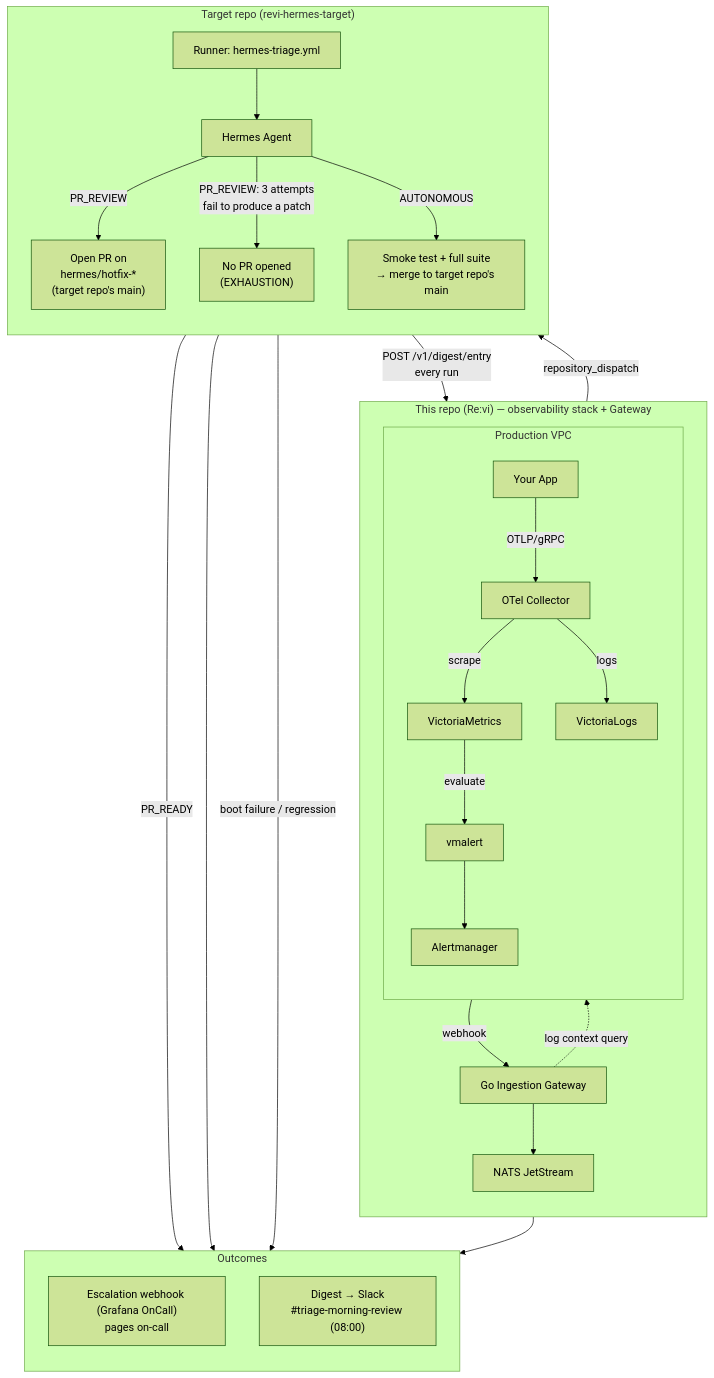
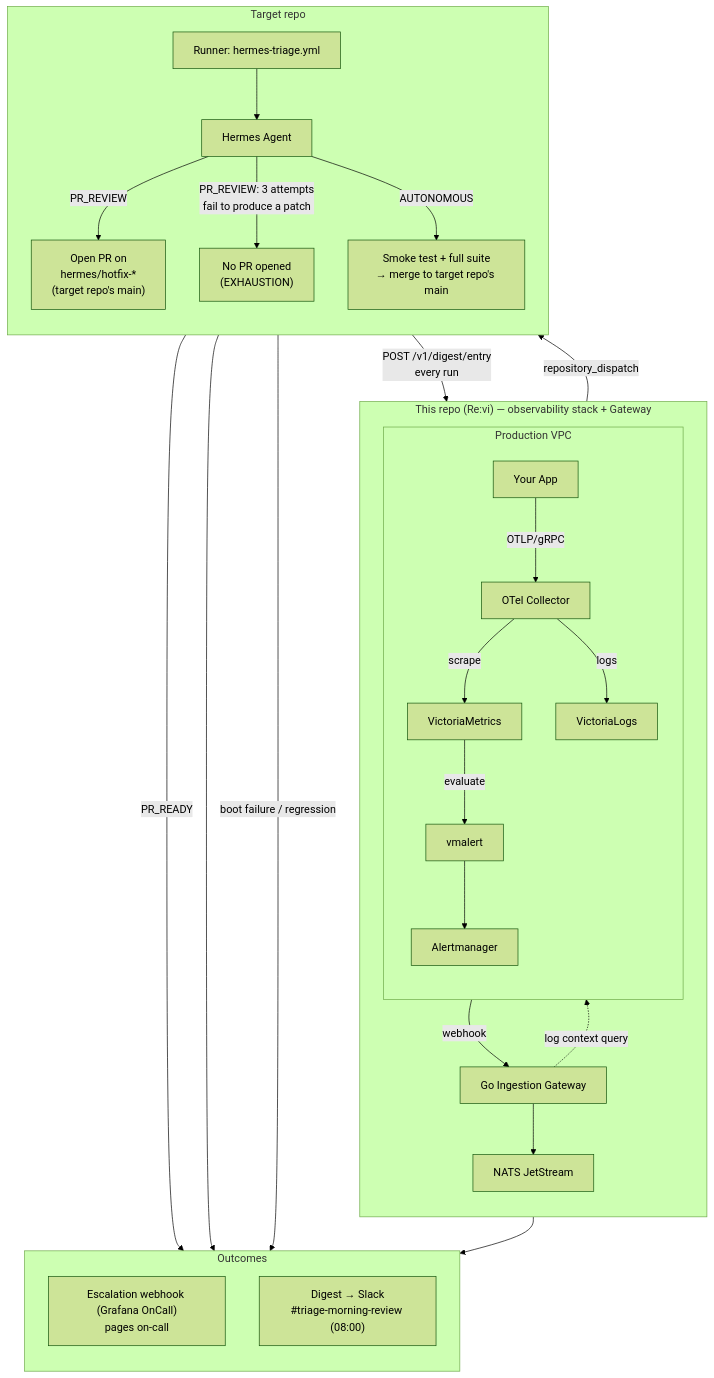
The diagram in README.md (bookang869/Re-vi), drawn with Mermaid (forest theme) before and after one commit.

Commit message:
docs(readme): trim target-repo subgraph title further

````diff
--- a/README.md
+++ b/README.md
@@ -46,40 +46,40 @@
 ```mermaid
 flowchart TD
     subgraph THISREPO["This repo (Re:vi) — observability stack + Gateway"]
         direction TB
         subgraph VPC["Production VPC"]
             direction TB
             App["Your App"] -->|OTLP/gRPC| Otel["OTel Collector"]
             Otel -->|scrape| VM["VictoriaMetrics"]
             Otel -->|logs| VL["VictoriaLogs"]
             VM -->|evaluate| vmalert["vmalert"]
             vmalert --> AM["Alertmanager"]
         end
 
         AM -->|webhook| GW["Go Ingestion Gateway"]
         GW -.->|log context query| VL
         GW --> NATS["NATS JetStream"]
     end
 
-    subgraph TARGETREPO["Target repo (revi-hermes-target)"]
+    subgraph TARGETREPO["Target repo"]
         direction TB
         GHA["Runner: hermes-triage.yml"] --> Hermes["Hermes Agent"]
         Hermes -->|PR_REVIEW| PR["Open PR on<br/>hermes/hotfix-*<br/>(target repo's main)"]
         Hermes -->|"PR_REVIEW: 3 attempts<br/>fail to produce a patch"| Exhaustion["No PR opened<br/>(EXHAUSTION)"]
         Hermes -->|AUTONOMOUS| Merge["Smoke test + full suite<br/>→ merge to target repo's main"]
     end
 
     NATS -->|repository_dispatch| GHA
     GHA -->|"POST /v1/digest/entry<br/>every run"| GW
 
     subgraph OUT["Outcomes"]
         direction TB
         ESC["Escalation webhook (Grafana OnCall)<br/>pages on-call"]
         Digest["Digest → Slack<br/>#triage-morning-review (08:00)"]
     end
 
     PR -->|PR_READY| ESC
     Exhaustion --> ESC
     Merge -->|"boot failure / regression"| ESC
     GW --> Digest
 ```
````
